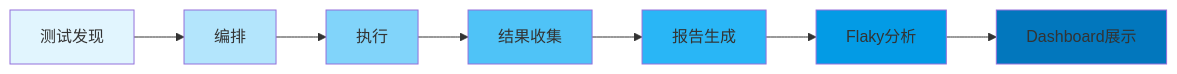
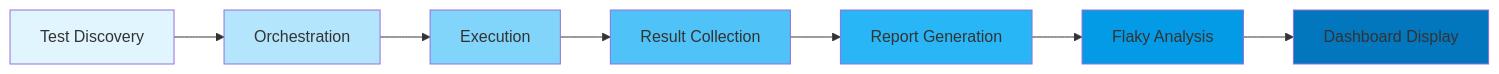
Before and after one commit to yuandiv/yuantest-playwright: the second of 4 diagrams in documentation/architecture.md, drawn with Mermaid. The commit also changed other lines of this file and 129 other files, not shown here.

````diff
--- a/documentation/architecture.md
+++ b/documentation/architecture.md
@@ -50,17 +50,17 @@
 ```mermaid
 flowchart LR
-    A[测试发现] --> B[编排]
-    B --> C[执行]
-    C --> D[结果收集]
-    D --> E[报告生成]
-    E --> F[Flaky分析]
-    F --> G[Dashboard展示]
+    A[Test Discovery] --> B[Orchestration]
+    B --> C[Execution]
+    C --> D[Result Collection]
+    D --> E[Report Generation]
+    E --> F[Flaky Analysis]
+    F --> G[Dashboard Display]
 
     style A fill:#e1f5fe
     style B fill:#b3e5fc
     style C fill:#81d4fa
     style D fill:#4fc3f7
     style E fill:#29b6f6
     style F fill:#039be5
     style G fill:#0277bd
 ```
````
